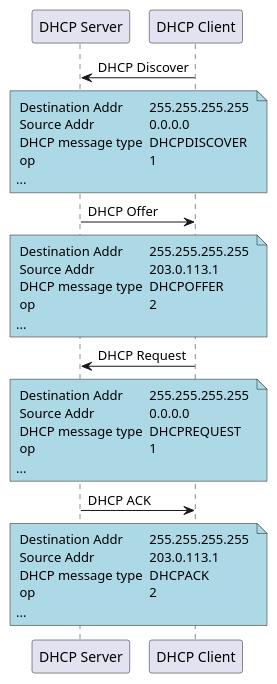
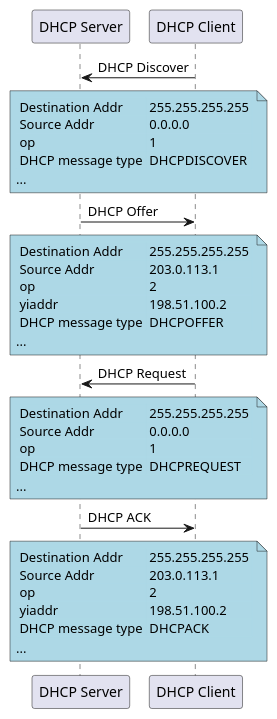
One commit to hijiki51/InternetArchLecture changed the diagram in dhcp/dhcp.pu. Above: the diagram before and after it, drawn with PlantUML.

Commit message:
fix sequence diagram

```diff
--- a/dhcp/dhcp.pu
+++ b/dhcp/dhcp.pu
@@ -1,37 +1,39 @@
 @startuml dhcp
   participant "DHCP Server" as server
   participant "DHCP Client" as client
 
   client -> server: DHCP Discover
   note over client, server #LightBlue
   <#LightBlue,#LightBlue>| Destination Addr | 255.255.255.255 |
   | Source Addr | 0.0.0.0 |
+  | op | 1 |
   | DHCP message type | DHCPDISCOVER |
-  | op | 1 |
   ...
   end note
   server -> client: DHCP Offer
   note over client, server #LightBlue
   <#LightBlue,#LightBlue>| Destination Addr | 255.255.255.255 |
   | Source Addr | 203.0.113.1 |
+  | op | 2 |
+  | yiaddr | 198.51.100.2 |
   | DHCP message type | DHCPOFFER |
-  | op | 2 |
   ...
   end note
   client -> server: DHCP Request
   note over client, server #LightBlue
   <#LightBlue,#LightBlue>| Destination Addr | 255.255.255.255 |
   | Source Addr | 0.0.0.0 |
+  | op | 1 |
   | DHCP message type | DHCPREQUEST |
-  | op | 1 |
   ...
   end note
   server -> client: DHCP ACK
   note over client, server #LightBlue
   <#LightBlue,#LightBlue>| Destination Addr | 255.255.255.255 |
   | Source Addr | 203.0.113.1 |
+  | op | 2 |
+  | yiaddr | 198.51.100.2 |
   | DHCP message type | DHCPACK |
-  | op | 2 |
   ...
   end note
 @enduml
```
